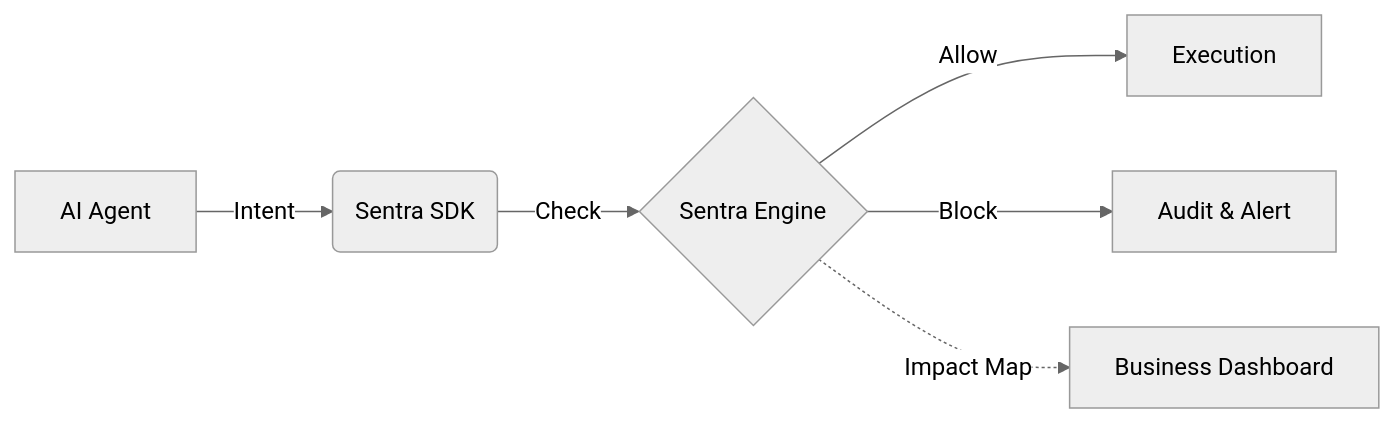
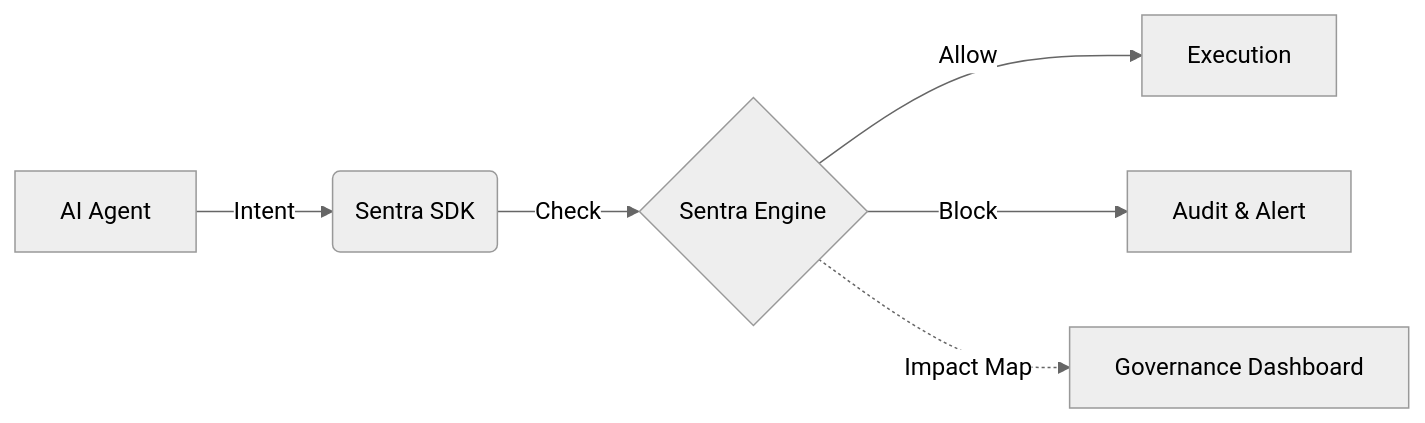
One commit to FaazilZia/sentra-ai changed the diagram in README.md. Above: the diagram before and after it, drawn with Mermaid (neutral theme). The commit also changed other lines of this file, not shown here.

````diff
--- a/README.md
+++ b/README.md
@@ -34,8 +34,8 @@
 ```mermaid
 graph LR
     A[AI Agent] -->|Intent| B(Sentra SDK)
     B -->|Check| C{Sentra Engine}
     C -->|Allow| D[Execution]
     C -->|Block| E[Audit & Alert]
-    C -.->|Impact Map| F[Business Dashboard]
+    C -.->|Impact Map| F[Governance Dashboard]
 ```
````
